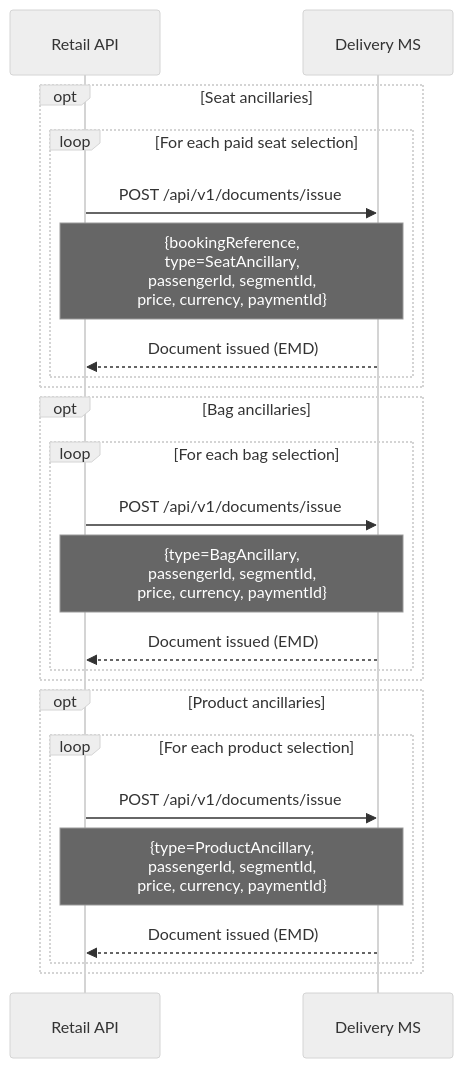
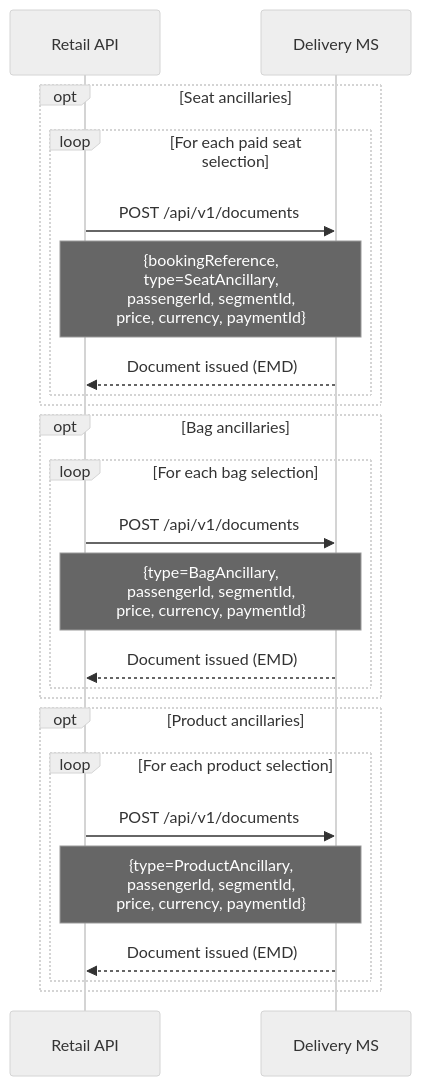
Before and after one commit to sebharvey/airline-reservation-system: the second of 13 diagrams in documentation/sequences/delivery.md, drawn with Mermaid (neutral theme). The commit also changed other lines of this file and 11 other files, not shown here.

````diff
--- a/documentation/sequences/delivery.md
+++ b/documentation/sequences/delivery.md
@@ -33,29 +33,29 @@
 ```mermaid
 sequenceDiagram
     participant RetailAPI as Retail API
     participant DeliveryMS as Delivery MS
 
     opt Seat ancillaries
         loop For each paid seat selection
-            RetailAPI->>DeliveryMS: POST /api/v1/documents/issue
+            RetailAPI->>DeliveryMS: POST /api/v1/documents
             Note over RetailAPI,DeliveryMS: {bookingReference,<br/>type=SeatAncillary,<br/>passengerId, segmentId,<br/>price, currency, paymentId}
             DeliveryMS-->>RetailAPI: Document issued (EMD)
         end
     end
 
     opt Bag ancillaries
         loop For each bag selection
-            RetailAPI->>DeliveryMS: POST /api/v1/documents/issue
+            RetailAPI->>DeliveryMS: POST /api/v1/documents
             Note over RetailAPI,DeliveryMS: {type=BagAncillary,<br/>passengerId, segmentId,<br/>price, currency, paymentId}
             DeliveryMS-->>RetailAPI: Document issued (EMD)
         end
     end
 
     opt Product ancillaries
         loop For each product selection
-            RetailAPI->>DeliveryMS: POST /api/v1/documents/issue
+            RetailAPI->>DeliveryMS: POST /api/v1/documents
             Note over RetailAPI,DeliveryMS: {type=ProductAncillary,<br/>passengerId, segmentId,<br/>price, currency, paymentId}
             DeliveryMS-->>RetailAPI: Document issued (EMD)
         end
     end
 ```
````
